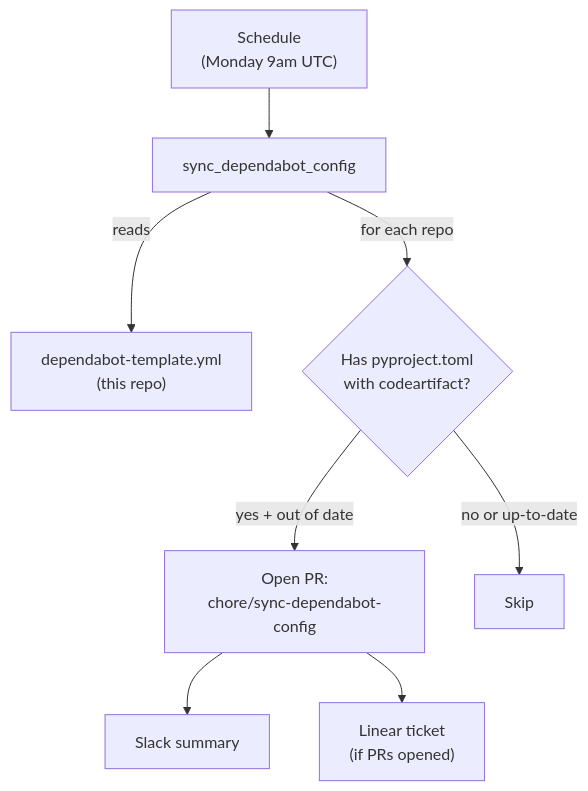
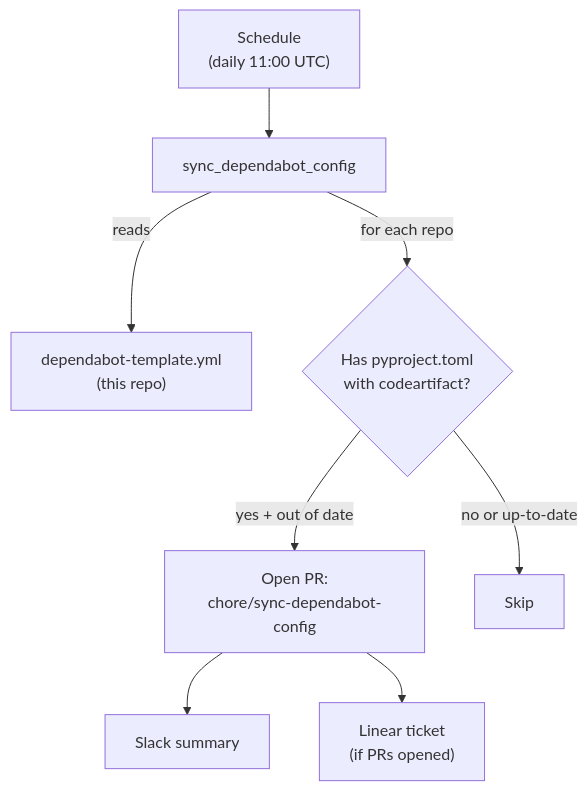
One commit to amera-apps/.github changed the fourth of 4 diagrams in README.md. Above: the diagram before and after it, drawn with Mermaid. The commit also changed other lines of this file and 15 other files, not shown here.

````diff
--- a/README.md
+++ b/README.md
@@ -225,10 +189,10 @@
 ```mermaid
 graph TD
-    Cron["Schedule\n(Monday 9am UTC)"] --> Sync[sync_dependabot_config]
+    Cron["Schedule\n(daily 11:00 UTC)"] --> Sync[sync_dependabot_config]
     Sync -->|"reads"| Template["dependabot-template.yml\n(this repo)"]
     Sync -->|"for each repo"| Check{"Has pyproject.toml\nwith codeartifact?"}
     Check -->|"yes + out of date"| PR["Open PR:\nchore/sync-dependabot-config"]
     Check -->|"no or up-to-date"| Skip[Skip]
     PR --> Slack["Slack summary"]
     PR --> Linear["Linear ticket\n(if PRs opened)"]
 ```
````
